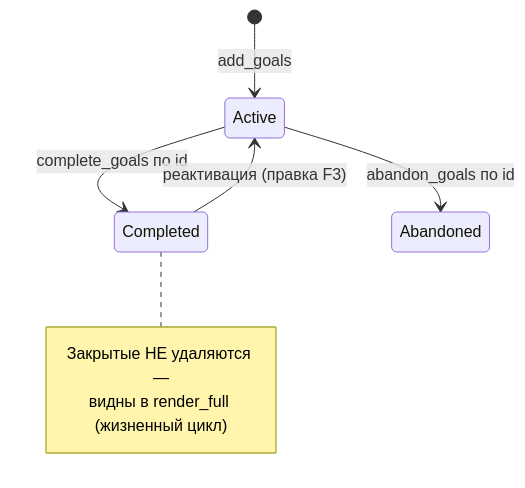
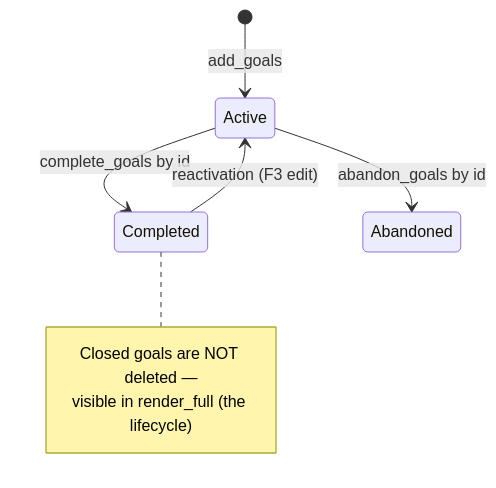
One commit to vshylov/mindfork-rs changed diagram 13 of 17 in docs/architecture.md. Above: the diagram before and after it, drawn with Mermaid. The commit also changed other lines of this file and 18 other files, not shown here.

````diff
--- a/docs/architecture.md
+++ b/docs/architecture.md
@@ -1211,11 +1301,11 @@
 ```mermaid
 stateDiagram-v2
     [*] --> Active: add_goals
-    Active --> Completed: complete_goals по id
-    Active --> Abandoned: abandon_goals по id
-    Completed --> Active: реактивация (правка F3)
+    Active --> Completed: complete_goals by id
+    Active --> Abandoned: abandon_goals by id
+    Completed --> Active: reactivation (F3 edit)
     note right of Completed
-        Закрытые НЕ удаляются —
-        видны в render_full (жизненный цикл)
+        Closed goals are NOT deleted —
+        visible in render_full (the lifecycle)
     end note
 ```
````
